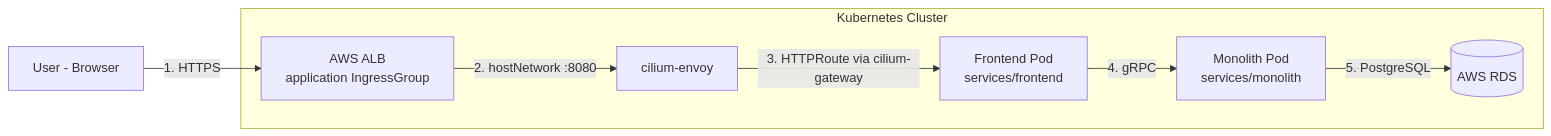
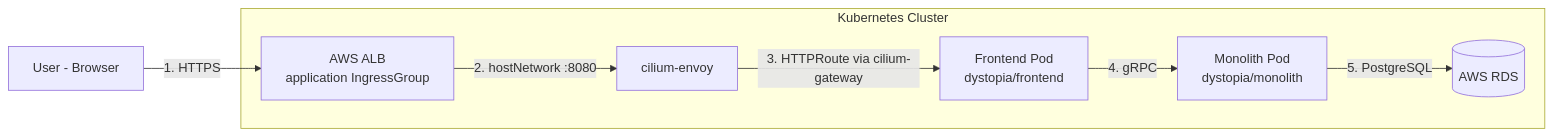
Before and after one commit to panicboat/monorepo: the first of 2 diagrams in README-ja.md, drawn with Mermaid. The commit also changed other lines of this file and 875 other files, not shown here.

Commit message:
refactor: rename services/ to dystopia/ (#1006)

````diff
--- a/README-ja.md
+++ b/README-ja.md
@@ -29,11 +29,11 @@
 ```mermaid
 graph LR
   User[User - Browser] -- "1. HTTPS" --> ALB[AWS ALB<br>application IngressGroup]
 
   subgraph "Kubernetes Cluster"
     ALB -- "2. hostNetwork :8080" --> Envoy[cilium-envoy]
-    Envoy -- "3. HTTPRoute via cilium-gateway" --> FrontendPod[Frontend Pod<br>services/frontend]
-    FrontendPod -- "4. gRPC" --> MonolithPod[Monolith Pod<br>services/monolith]
+    Envoy -- "3. HTTPRoute via cilium-gateway" --> FrontendPod[Frontend Pod<br>dystopia/frontend]
+    FrontendPod -- "4. gRPC" --> MonolithPod[Monolith Pod<br>dystopia/monolith]
     MonolithPod -- "5. PostgreSQL" --> RDS[(AWS RDS)]
   end
 ```
````
